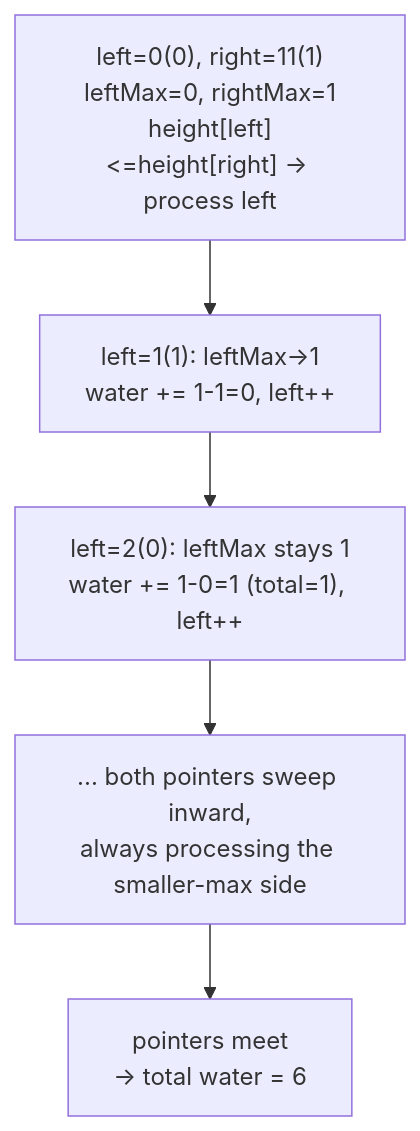
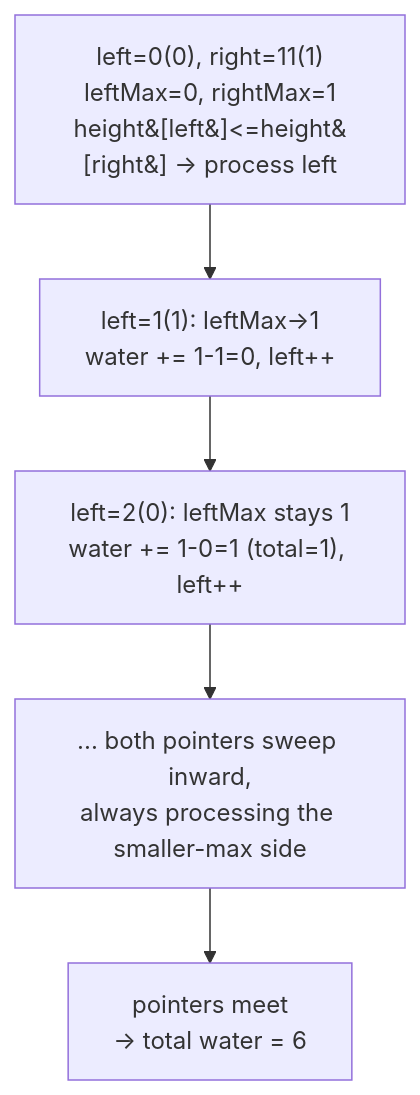
The diagram in topics/02-two-pointers/05-trapping-rain-water/README.md (Aryan-Jadon18/dsa-placement-prep), drawn with Mermaid before and after one commit. The commit also changed 52 other files, not shown here.

First line of the commit message:
Fix Mermaid diagrams not rendering on GitHub

````diff
--- a/topics/02-two-pointers/05-trapping-rain-water/README.md
+++ b/topics/02-two-pointers/05-trapping-rain-water/README.md
@@ -43,7 +43,7 @@
 ```mermaid
 flowchart TD
-    A["left=0(0), right=11(1)<br/>leftMax=0, rightMax=1<br/>height[left]<=height[right] → process left"] --> B["left=1(1): leftMax→1<br/>water += 1-1=0, left++"]
+    A["left=0(0), right=11(1)<br/>leftMax=0, rightMax=1<br/>height&#91;left&#93;<=height&#91;right&#93; → process left"] --> B["left=1(1): leftMax→1<br/>water += 1-1=0, left++"]
     B --> C["left=2(0): leftMax stays 1<br/>water += 1-0=1 (total=1), left++"]
     C --> D["... both pointers sweep inward,<br/>always processing the smaller-max side"]
     D --> E["pointers meet<br/>→ total water = 6"]
 ```
````
